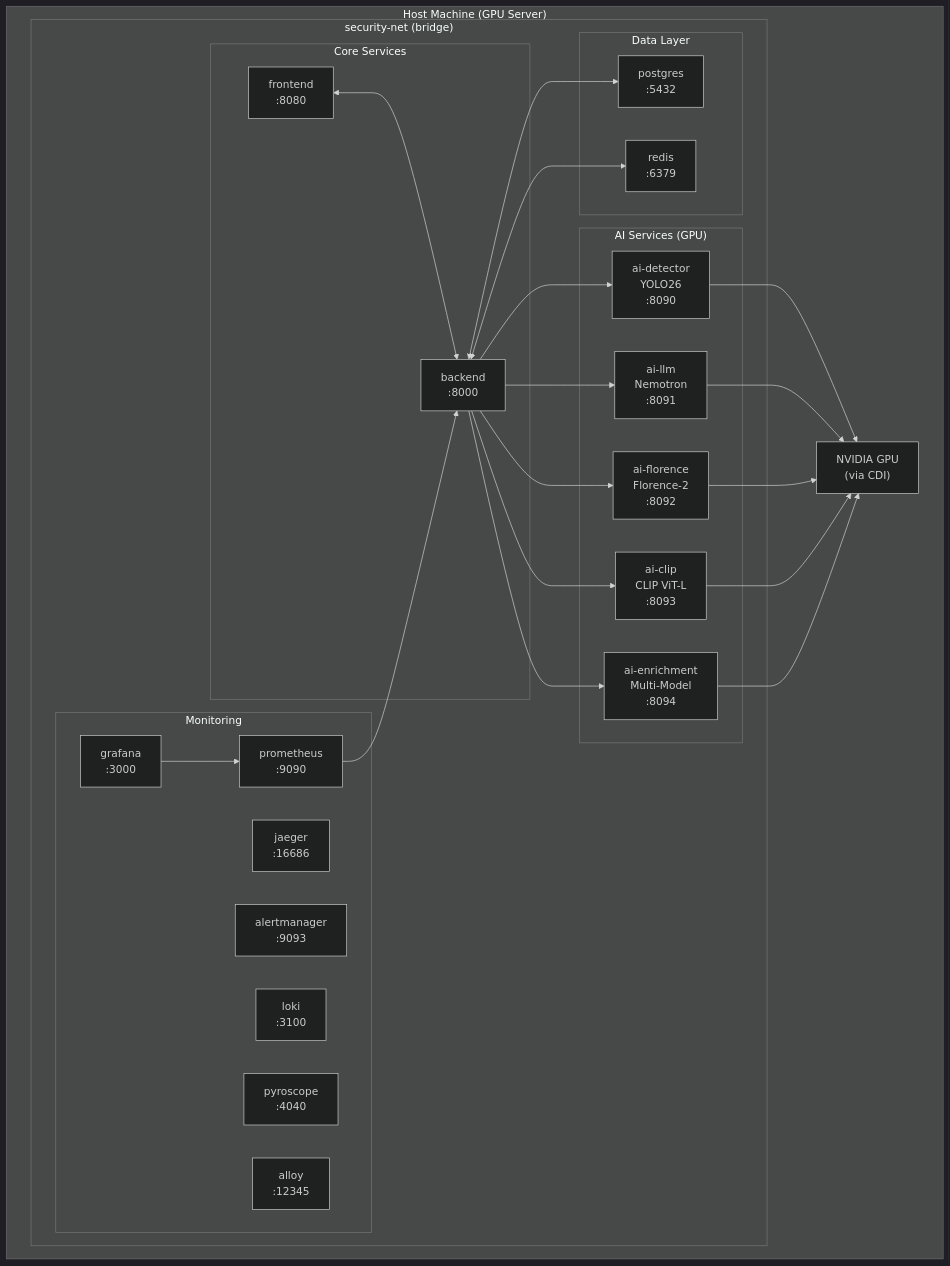
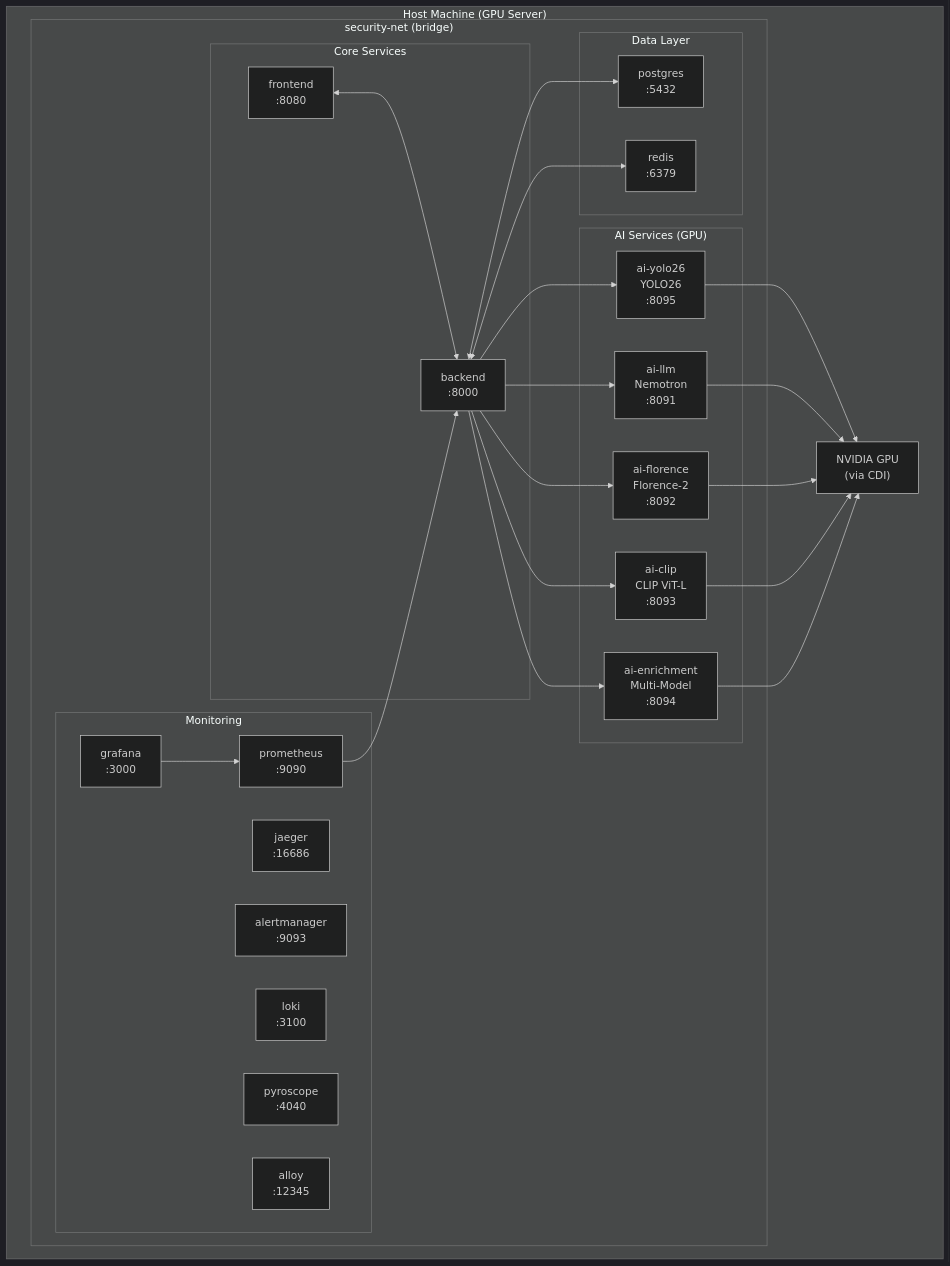
Before and after one commit to mikesvoboda/nemotron-v3-home-security-intelligence: the first of 2 diagrams in docs/architecture/system-overview/deployment-topology.md, drawn with Mermaid (dark theme). The commit also changed other lines of this file and 109 other files, not shown here.

````diff
--- a/docs/architecture/system-overview/deployment-topology.md
+++ b/docs/architecture/system-overview/deployment-topology.md
@@ -15,52 +15,52 @@
 ```mermaid
 flowchart TB
     subgraph Host["Host Machine (GPU Server)"]
         subgraph Network["security-net (bridge)"]
             subgraph Core["Core Services"]
                 FE["frontend<br/>:8080"]
                 BE["backend<br/>:8000"]
             end
 
             subgraph Data["Data Layer"]
                 PG["postgres<br/>:5432"]
                 RD["redis<br/>:6379"]
             end
 
             subgraph AI["AI Services (GPU)"]
-                DET["ai-detector<br/>YOLO26<br/>:8090"]
+                DET["ai-yolo26<br/>YOLO26<br/>:8095"]
                 LLM["ai-llm<br/>Nemotron<br/>:8091"]
                 FLO["ai-florence<br/>Florence-2<br/>:8092"]
                 CLIP["ai-clip<br/>CLIP ViT-L<br/>:8093"]
                 ENR["ai-enrichment<br/>Multi-Model<br/>:8094"]
             end
 
             subgraph Mon["Monitoring"]
                 PROM["prometheus<br/>:9090"]
                 GRAF["grafana<br/>:3000"]
                 JAEG["jaeger<br/>:16686"]
                 ALERT["alertmanager<br/>:9093"]
                 LOKI["loki<br/>:3100"]
                 PYRO["pyroscope<br/>:4040"]
                 ALLOY["alloy<br/>:12345"]
             end
         end
 
         GPU["NVIDIA GPU<br/>(via CDI)"]
     end
 
     FE <--> BE
     BE <--> PG
     BE <--> RD
     BE --> DET
     BE --> LLM
     BE --> FLO
     BE --> CLIP
     BE --> ENR
     DET --> GPU
     LLM --> GPU
     FLO --> GPU
     CLIP --> GPU
     ENR --> GPU
     PROM --> BE
     GRAF --> PROM
 ```
````
